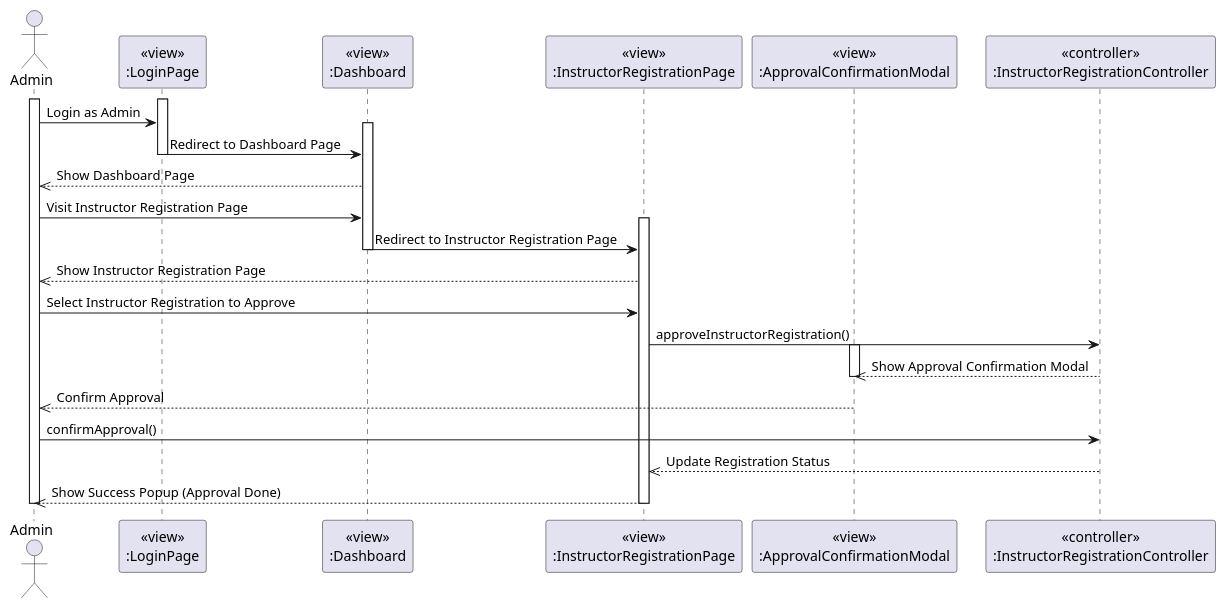
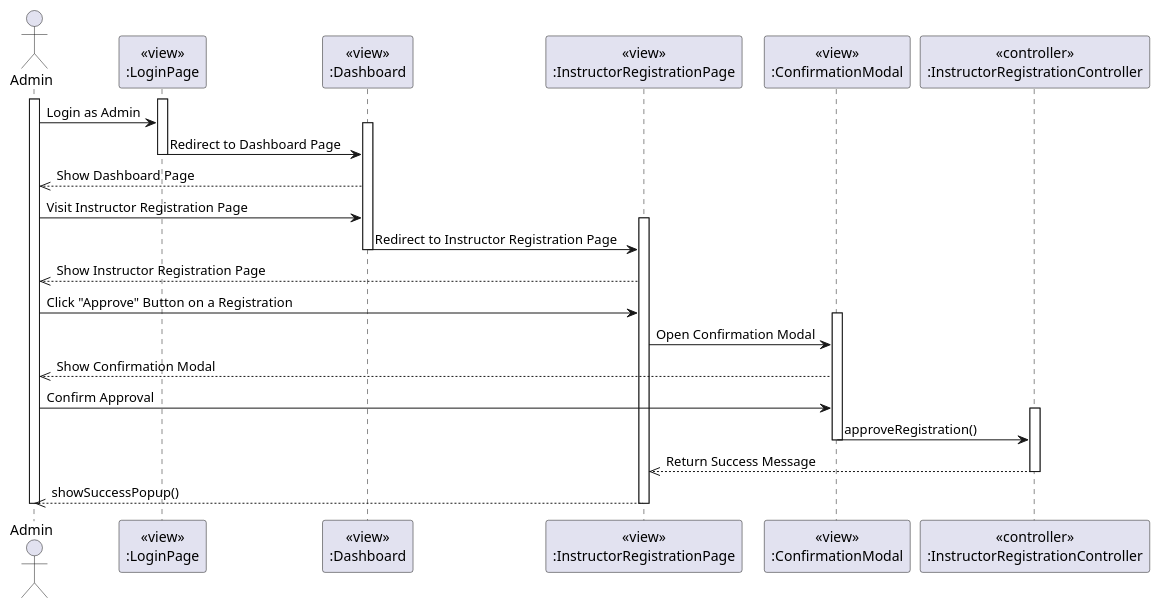
One commit to felixpherry/Lecturna-UML changed the diagram in 082. Approve Instructor Registration/Sequence Diagram.puml. Above: the diagram before and after it, drawn with PlantUML. The commit also changed 82 other files, not shown here.

Commit message:
Fix: Sequence Diagrams

```diff
--- a/082. Approve Instructor Registration/Sequence Diagram.puml
+++ b/082. Approve Instructor Registration/Sequence Diagram.puml
@@ -1,59 +1,59 @@
 @startuml ApproveInstructorRegistration
 actor Admin
 participant LoginPageView [
   <<view>>
   :LoginPage
 ]
 
 participant DashboardView [
   <<view>>
   :Dashboard
 ]
 
 participant InstructorRegistrationView [
   <<view>>
   :InstructorRegistrationPage
 ]
 
-participant ApprovalConfirmationModalView [
+participant ConfirmationModalView [
   <<view>>
-  :ApprovalConfirmationModal
+  :ConfirmationModal
 ]
 
 participant InstructorRegistrationController [
   <<controller>>
   :InstructorRegistrationController
 ]
 
 activate Admin
 activate LoginPageView
 Admin -> LoginPageView: Login as Admin
 activate DashboardView
 LoginPageView -> DashboardView: Redirect to Dashboard Page
 deactivate LoginPageView
 
 DashboardView -->> Admin: Show Dashboard Page
 
 Admin -> DashboardView: Visit Instructor Registration Page
 activate InstructorRegistrationView
 DashboardView -> InstructorRegistrationView: Redirect to Instructor Registration Page
 deactivate DashboardView
 
 InstructorRegistrationView -->> Admin: Show Instructor Registration Page
 
-Admin -> InstructorRegistrationView: Select Instructor Registration to Approve
-InstructorRegistrationView -> InstructorRegistrationController: approveInstructorRegistration()
-activate ApprovalConfirmationModalView
-InstructorRegistrationController -->> ApprovalConfirmationModalView: Show Approval Confirmation Modal
-deactivate ApprovalConfirmationModalView
+Admin -> InstructorRegistrationView: Click "Approve" Button on a Registration
+activate ConfirmationModalView
+InstructorRegistrationView -> ConfirmationModalView: Open Confirmation Modal
+ConfirmationModalView -->> Admin: Show Confirmation Modal
+Admin -> ConfirmationModalView: Confirm Approval
+activate InstructorRegistrationController
+ConfirmationModalView -> InstructorRegistrationController: approveRegistration()
+deactivate ConfirmationModalView
 
-ApprovalConfirmationModalView -->> Admin: Confirm Approval
-
-Admin -> InstructorRegistrationController: confirmApproval()
-InstructorRegistrationController -->> InstructorRegistrationView: Update Registration Status
-InstructorRegistrationView -->> Admin: Show Success Popup (Approval Done)
+InstructorRegistrationController -->> InstructorRegistrationView: Return Success Message
+deactivate InstructorRegistrationController
+InstructorRegistrationView -->> Admin: showSuccessPopup()
 
 deactivate Admin
 deactivate InstructorRegistrationView
-deactivate InstructorRegistrationController
 @enduml
```
